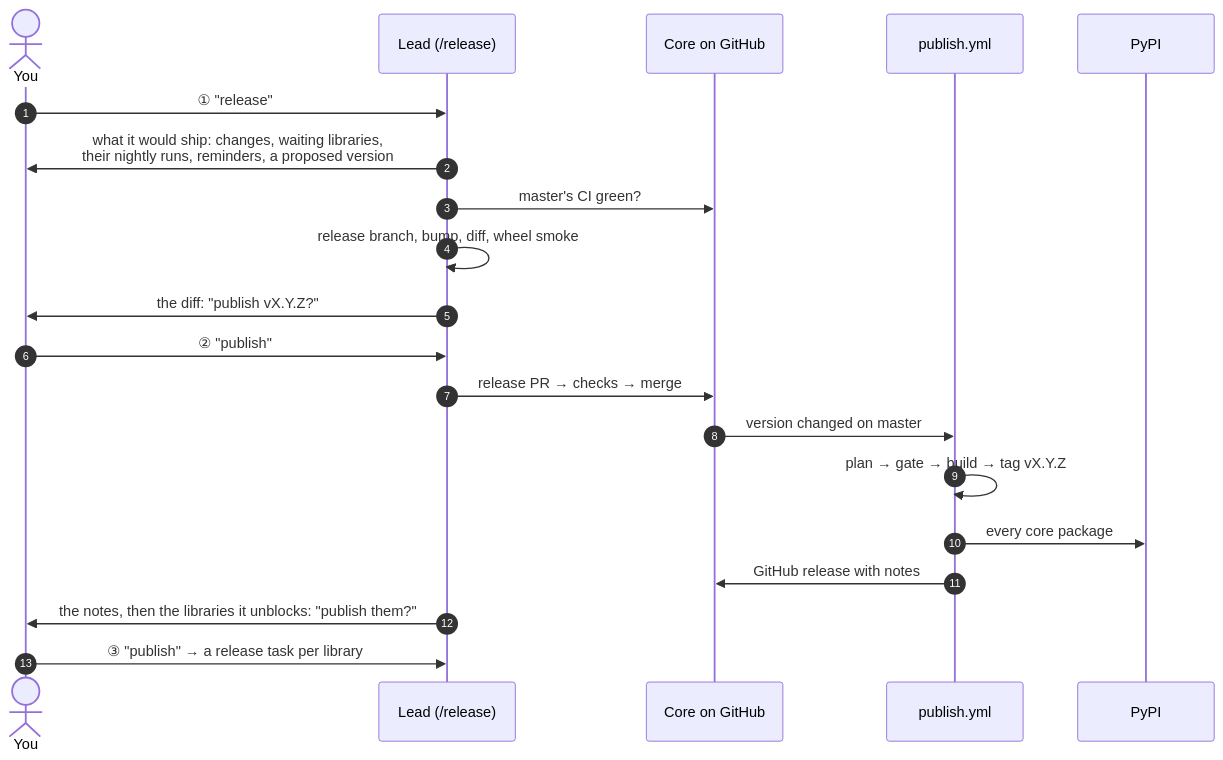
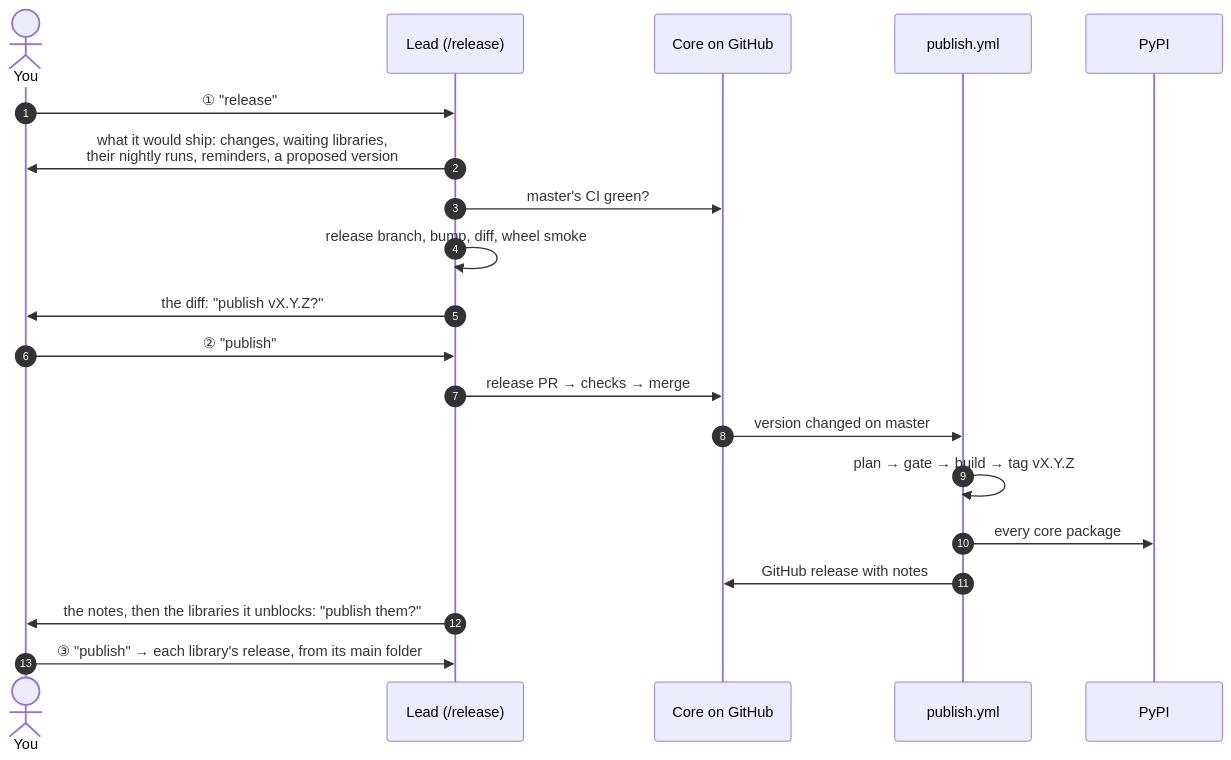
Before and after one commit to going-haywire/haywire: the diagram in docs/collaboration/core-release.md, drawn with Mermaid. The commit also changed 18 other files, not shown here.

First line of the commit message:
feat(dev): sessions learn lead or task from a lead file; brief template; tasks.py --since (#264) (#266)

````diff
--- a/docs/collaboration/core-release.md
+++ b/docs/collaboration/core-release.md
@@ -16,23 +16,23 @@
 ```mermaid
 sequenceDiagram
     autonumber
     actor You
     participant Lead as Lead (/release)
     participant GH as Core on GitHub
     participant CI as publish.yml
     participant PyPI
 
     You->>Lead: ① "release"
     Lead->>You: what it would ship: changes, waiting libraries,<br/>their nightly runs, reminders, a proposed version
     Lead->>GH: master's CI green?
     Lead->>Lead: release branch, bump, diff, wheel smoke
     Lead->>You: the diff: "publish vX.Y.Z?"
     You->>Lead: ② "publish"
     Lead->>GH: release PR → checks → merge
     GH->>CI: version changed on master
     CI->>CI: plan → gate → build → tag vX.Y.Z
     CI->>PyPI: every core package
     CI->>GH: GitHub release with notes
     Lead->>You: the notes, then the libraries it unblocks: "publish them?"
-    You->>Lead: ③ "publish" → a release task per library
+    You->>Lead: ③ "publish" → each library's release, from its main folder
 ```
````
